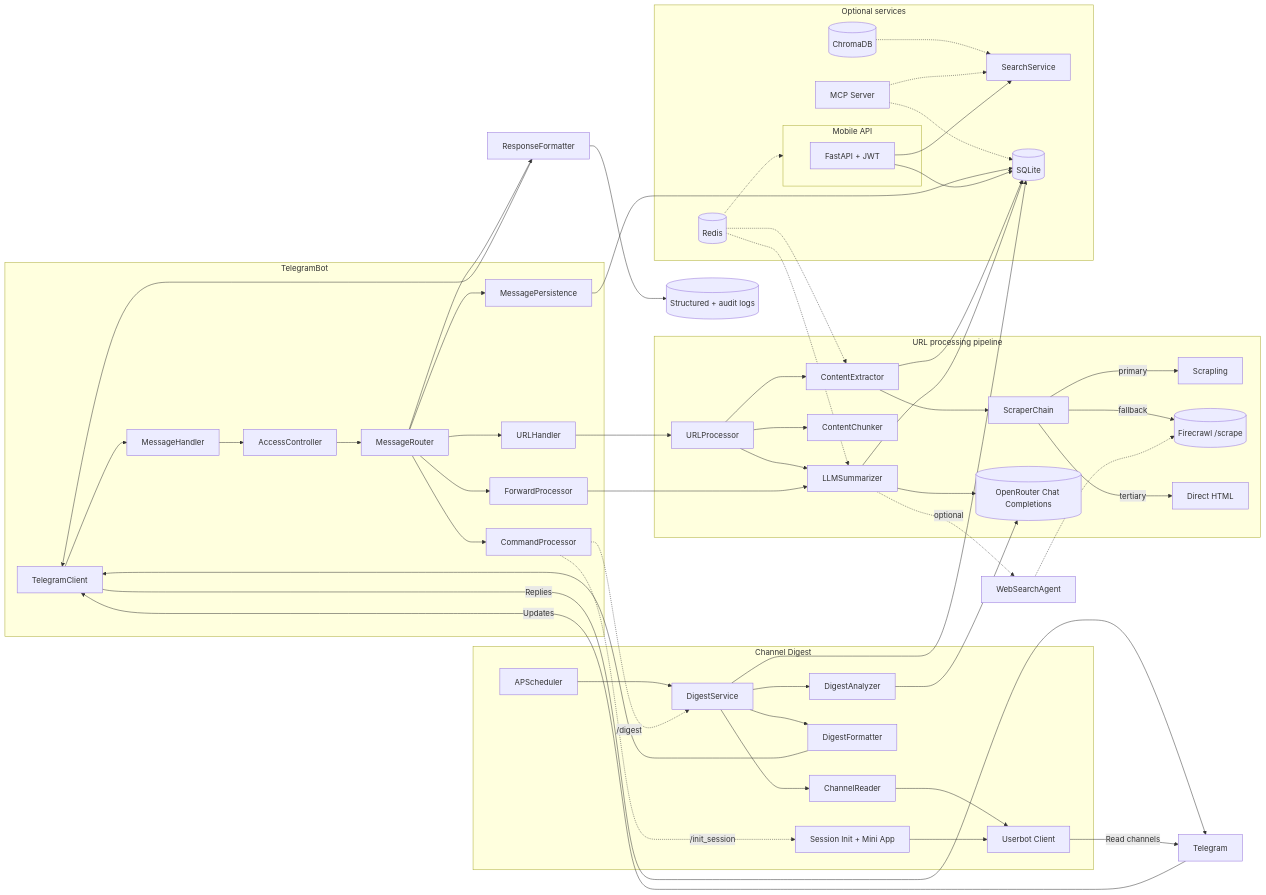
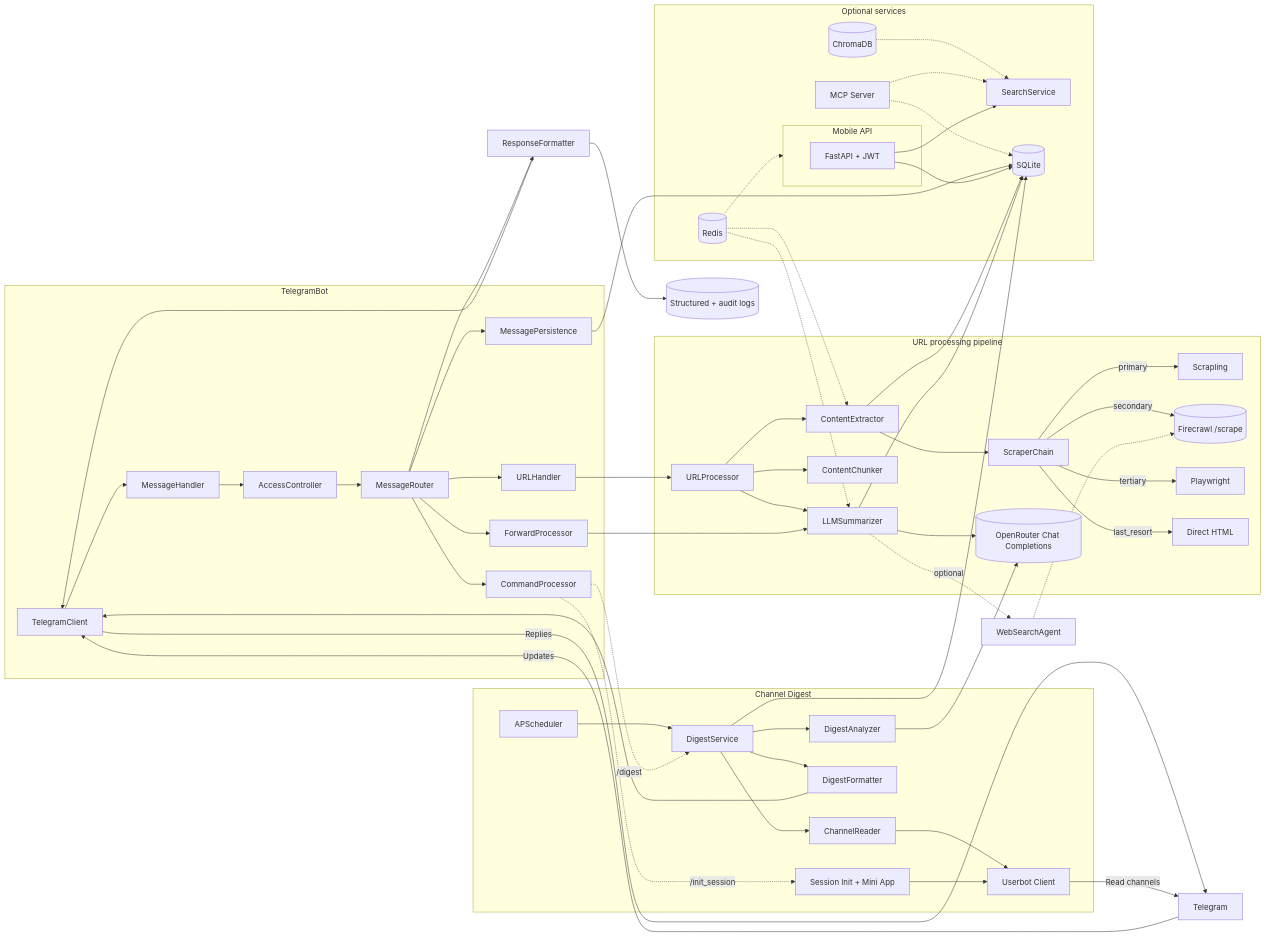
One commit to po4yka/bite-size-reader changed the diagram in README.md. Above: the diagram before and after it, drawn with Mermaid. The commit also changed other lines of this file and 18 other files, not shown here.

Commit message:
feat(scraper): add Playwright fallback before direct_html

````diff
--- a/README.md
+++ b/README.md
@@ -63,65 +63,66 @@
 ```mermaid
 flowchart LR
   subgraph TelegramBot
     TGClient[TelegramClient] --> MsgHandler[MessageHandler]
     MsgHandler --> AccessController
     AccessController --> MessageRouter
     MessageRouter --> CommandProcessor
     MessageRouter --> URLHandler
     MessageRouter --> ForwardProcessor
     MessageRouter --> MessagePersistence
   end
 
   subgraph URLPipeline[URL processing pipeline]
     URLHandler --> URLProcessor
     URLProcessor --> ContentExtractor
     ContentExtractor --> ScraperChain[ScraperChain]
     ScraperChain -->|primary| Scrapling[Scrapling]
-    ScraperChain -->|fallback| Firecrawl[(Firecrawl /scrape)]
-    ScraperChain -->|tertiary| DirectHTML[Direct HTML]
+    ScraperChain -->|secondary| Firecrawl[(Firecrawl /scrape)]
+    ScraperChain -->|tertiary| Playwright[Playwright]
+    ScraperChain -->|last_resort| DirectHTML[Direct HTML]
     URLProcessor --> ContentChunker
     URLProcessor --> LLMSummarizer
     LLMSummarizer --> OpenRouter[(OpenRouter Chat Completions)]
   end
 
   subgraph DigestPipeline[Channel Digest]
     Scheduler[APScheduler] --> DigestService
     CommandProcessor -.->|/digest| DigestService
     DigestService --> ChannelReader
     ChannelReader --> UserbotClient[Userbot Client]
     DigestService --> DigestAnalyzer
     DigestAnalyzer --> OpenRouter
     DigestService --> DigestFormatter
     DigestFormatter --> TGClient
     CommandProcessor -.->|/init_session| SessionInit[Session Init + Mini App]
     SessionInit --> UserbotClient
   end
 
   subgraph OptionalServices[Optional services]
     Redis[(Redis)] -.-> ContentExtractor
     Redis -.-> LLMSummarizer
     Redis -.-> MobileAPI
     ChromaDB[(ChromaDB)] -.-> SearchService
     MCPServer[MCP Server] -.-> SQLite
     MCPServer -.-> SearchService
   end
 
   ForwardProcessor --> LLMSummarizer
   LLMSummarizer -.->| optional | WebSearch[WebSearchAgent]
   WebSearch -.-> Firecrawl
   ContentExtractor --> SQLite[(SQLite)]
   MessagePersistence --> SQLite
   LLMSummarizer --> SQLite
   DigestService --> SQLite
   MessageRouter --> ResponseFormatter
   ResponseFormatter --> TGClient
   TGClient -->| Replies | Telegram
   Telegram -->| Updates | TGClient
   UserbotClient -->| Read channels | Telegram
   ResponseFormatter --> Logs[(Structured + audit logs)]
 
   subgraph MobileAPI[Mobile API]
     FastAPI[FastAPI + JWT] --> SQLite
     FastAPI --> SearchService[SearchService]
   end
 ```
````
